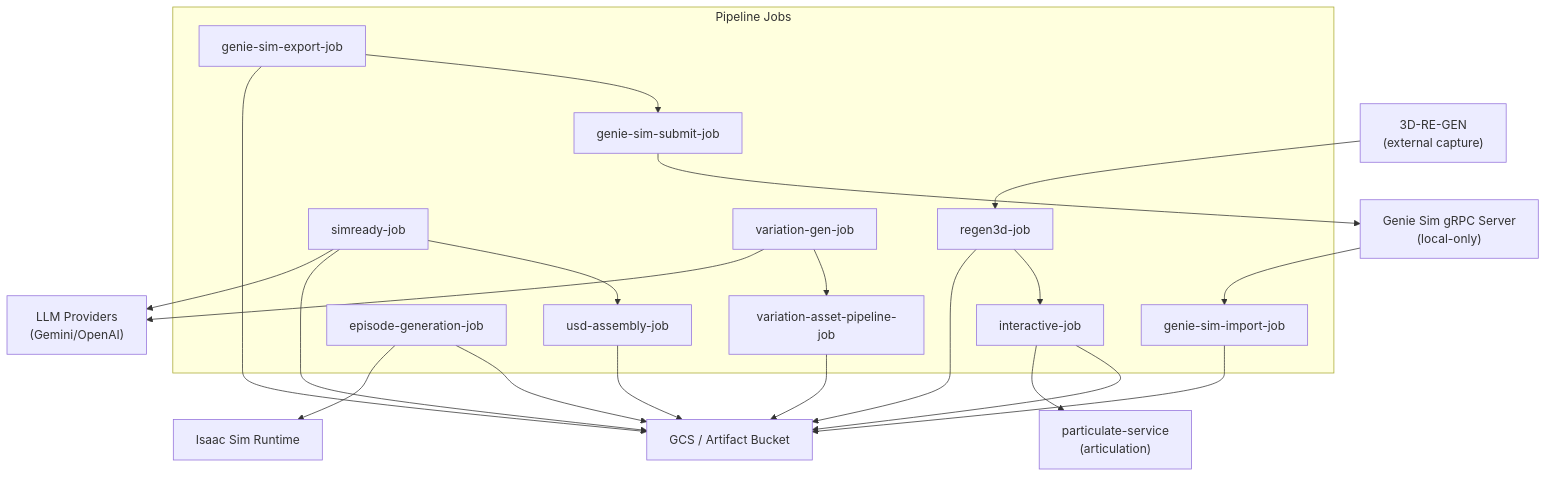
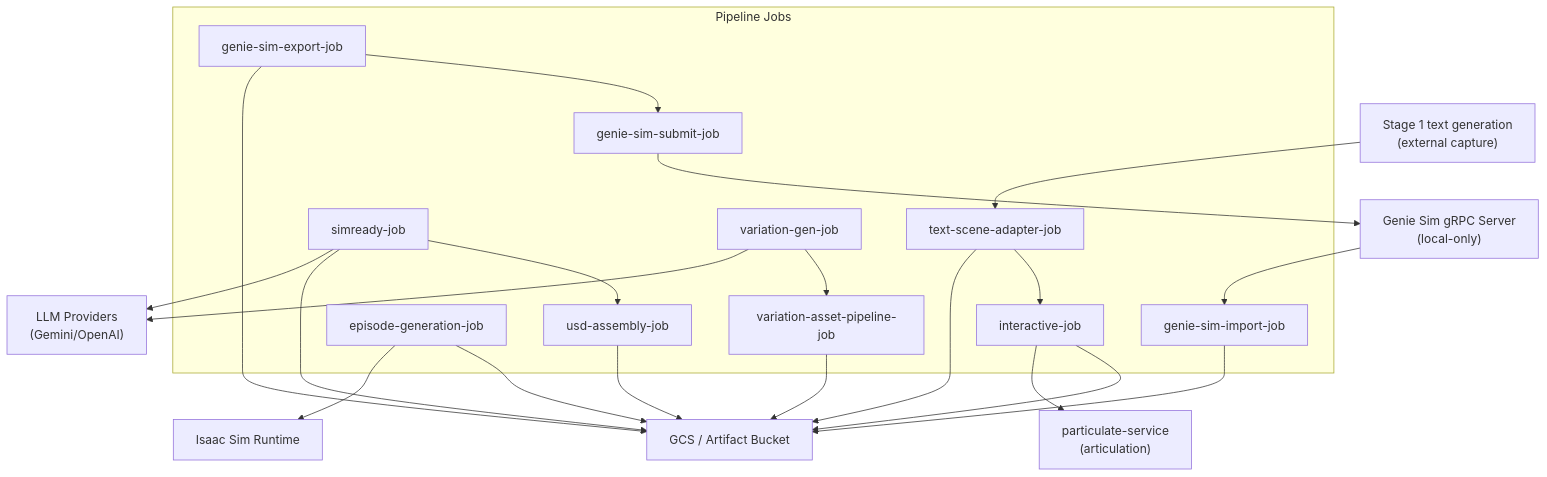
The diagram in docs/architecture/service-interactions.md (ognjhunt/BlueprintPipeline), drawn with Mermaid before and after one commit. The commit also changed 157 other files, not shown here.

Commit message:
Hard cutover: remove 3D-RE-GEN and standardize Stage 1

````diff
--- a/docs/architecture/service-interactions.md
+++ b/docs/architecture/service-interactions.md
@@ -8,51 +8,51 @@
 ```mermaid
 flowchart TB
     %% Job runners
     subgraph Jobs[Pipeline Jobs]
-        regen3djob["regen3d-job"]
+        stage1job["text-scene-adapter-job"]
         interactivejob["interactive-job"]
         simreadyjob["simready-job"]
         usdasmbjob["usd-assembly-job"]
         episodejob["episode-generation-job"]
         variationjob["variation-gen-job"]
         variationassetjob["variation-asset-pipeline-job"]
         geniesimexportjob["genie-sim-export-job"]
         geniesimsubmitjob["genie-sim-submit-job"]
         geniesimimportjob["genie-sim-import-job"]
     end
 
     %% Internal services
     particulate["particulate-service\n(articulation)" ]
 
     %% External systems
     gcs["GCS / Artifact Bucket"]
     geniesimgrpc["Genie Sim gRPC Server\n(local-only)"]
     isaacsim["Isaac Sim Runtime"]
     llm["LLM Providers\n(Gemini/OpenAI)"]
-    regen3dext["3D-RE-GEN\n(external capture)"]
+    stage1ext["Stage 1 text generation\n(external capture)"]
 
     %% Data flow
-    regen3dext --> regen3djob
-    regen3djob --> gcs
-    regen3djob --> interactivejob
+    stage1ext --> stage1job
+    stage1job --> gcs
+    stage1job --> interactivejob
     interactivejob --> particulate
     interactivejob --> gcs
 
     simreadyjob --> llm
     simreadyjob --> gcs
     simreadyjob --> usdasmbjob
     usdasmbjob --> gcs
 
     variationjob --> llm
     variationjob --> variationassetjob
     variationassetjob --> gcs
 
     episodejob --> isaacsim
     episodejob --> gcs
 
     geniesimexportjob --> gcs
     geniesimexportjob --> geniesimsubmitjob
     geniesimsubmitjob --> geniesimgrpc
     geniesimgrpc --> geniesimimportjob
     geniesimimportjob --> gcs
 ```
````
